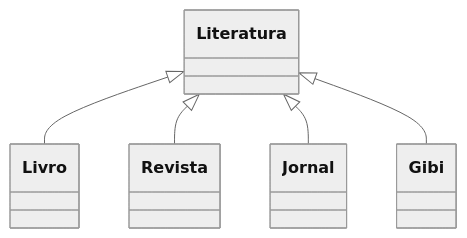
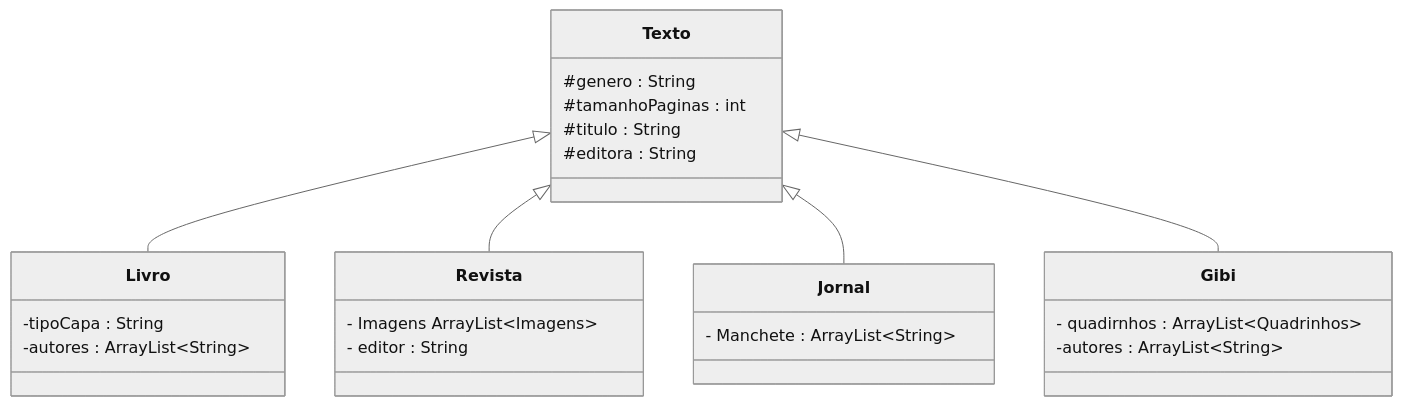
One commit to ThaysMariano/POO_IFSC changed the second of 4 diagrams in Heranca/app/readme.md. Above: the diagram before and after it, drawn with Mermaid (neutral theme). The commit also changed 2 other files, not shown here.

Commit message:
Atv herança biblioteca

````diff
--- a/Heranca/app/readme.md
+++ b/Heranca/app/readme.md
@@ -44,29 +44,38 @@
 ```mermaid
 classDiagram
 
-    Literatura <|-- Livro
-    Literatura <|-- Revista
-    Literatura <|-- Jornal
-    Literatura <|-- Gibi
+    Texto <|-- Livro
+    Texto <|-- Revista
+    Texto <|-- Jornal
+    Texto <|-- Gibi
     
-    class Literatura{
-        
+    class Texto{
+        #genero : String
+        #tamanhoPaginas : int
+        #titulo : String
+        #editora : String
+
     }
     
     class Livro{
-        
+        -tipoCapa : String
+        -autores : ArrayList~String~
+ 
     }
     
     class Revista{
-        
+        - Imagens ArrayList~Imagens~
+        - editor : String
     }
     class Jornal{
-        
+        - Manchete : ArrayList~String~
     }
     class Gibi{
-        
+        - quadirnhos : ArrayList~Quadrinhos~
+        -autores : ArrayList~String~
+
     }
     
     
     
 ```
````
